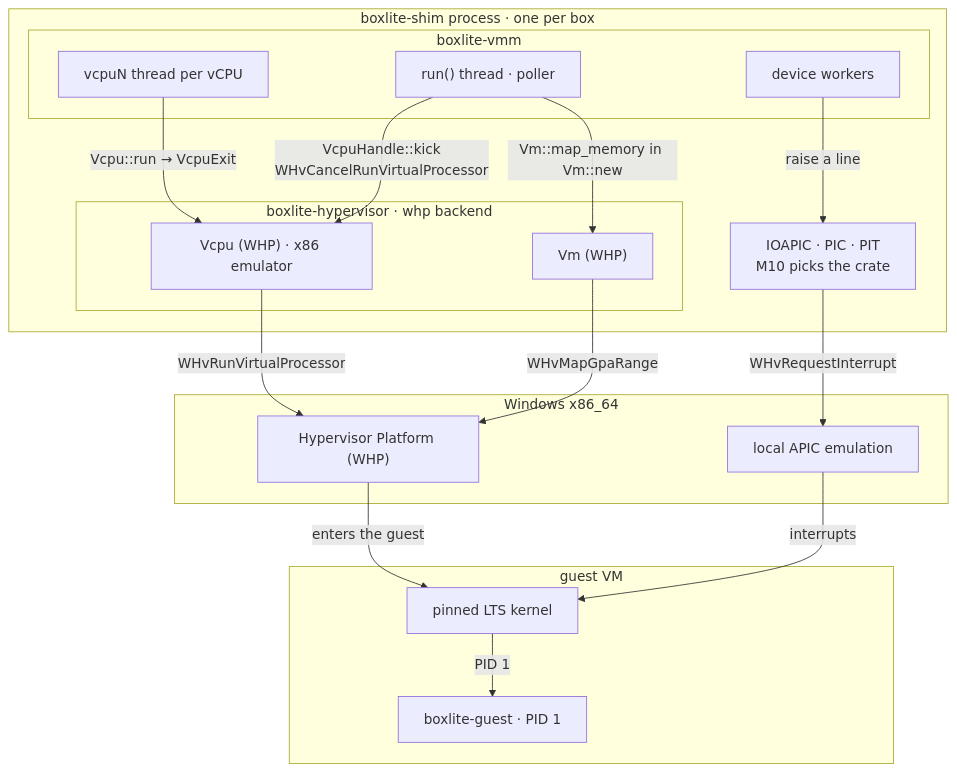
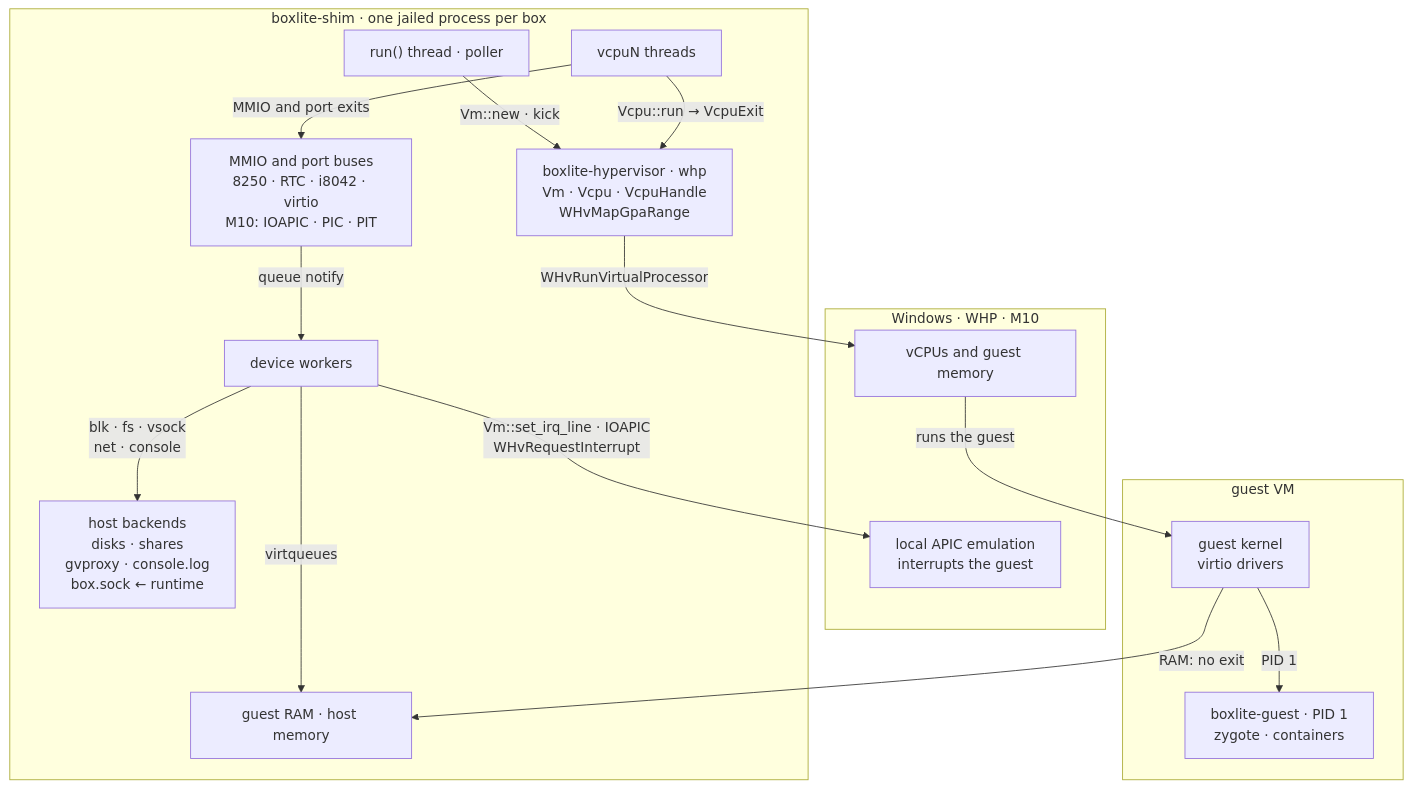
One commit to boxlite-ai/boxlite changed the first of 8 diagrams in docs/architecture/vmm/whp.md. Above: the diagram before and after it, drawn with Mermaid. The commit also changed other lines of this file and 4 other files, not shown here.

````diff
--- a/docs/architecture/vmm/whp.md
+++ b/docs/architecture/vmm/whp.md
@@ -5,33 +7,31 @@
 ```mermaid
 flowchart TB
-  subgraph shim_process["boxlite-shim process · one per box"]
-    subgraph vmm_crate["boxlite-vmm"]
-      run_thread["run() thread · poller"]
-      device_worker["device workers"]
-      vcpu_thread["vcpuN thread per vCPU"]
-    end
-    subgraph whp_backend["boxlite-hypervisor · whp backend"]
-      whp_vm["Vm (WHP)"]
-      whp_vcpu["Vcpu (WHP) · x86 emulator"]
-    end
-    userspace_irqchip["IOAPIC · PIC · PIT<br/>M10 picks the crate"]
+  subgraph shim["boxlite-shim · one jailed process per box"]
+    run_thread["run() thread · poller"]
+    vcpu_threads["vcpuN threads"]
+    backend["boxlite-hypervisor · whp<br/>Vm · Vcpu · VcpuHandle<br/>WHvMapGpaRange"]
+    devices["MMIO and port buses<br/>8250 · RTC · i8042 · virtio<br/>M10: IOAPIC · PIC · PIT"]
+    workers["device workers"]
+    guest_ram["guest RAM · host memory"]
+    backends["host backends<br/>disks · shares<br/>gvproxy · console.log<br/>box.sock ← runtime"]
   end
-  subgraph windows["Windows x86_64"]
-    whp_api["Hypervisor Platform (WHP)"]
-    lapic["local APIC emulation"]
+  subgraph host_hv["Windows · WHP · M10"]
+    hv["vCPUs and guest memory"]
+    irqchip["local APIC emulation<br/>interrupts the guest"]
   end
-  subgraph guest_vm["guest VM"]
-    guest_kernel["pinned LTS kernel"]
-    guest_init["boxlite-guest · PID 1"]
+  subgraph guest["guest VM"]
+    kernel["guest kernel<br/>virtio drivers"]
+    agent["boxlite-guest · PID 1<br/>zygote · containers"]
   end
-  vcpu_thread e_vcpu_run@-->|"Vcpu::run → VcpuExit"| whp_vcpu
-  whp_vcpu e_whv_run@-->|"WHvRunVirtualProcessor"| whp_api
-  whp_api e_enter_guest@-->|"enters the guest"| guest_kernel
-  run_thread e_kick@-->|"VcpuHandle::kick<br/>WHvCancelRunVirtualProcessor"| whp_vcpu
-  run_thread e_map_memory@-->|"Vm::map_memory in Vm::new"| whp_vm
-  whp_vm e_whv_map@-->|"WHvMapGpaRange"| whp_api
-  device_worker e_raise@-->|"raise a line"| userspace_irqchip
-  userspace_irqchip e_request_interrupt@-->|"WHvRequestInterrupt"| lapic
-  lapic e_guest_irq@-->|"interrupts"| guest_kernel
-  guest_kernel e_pid1@-->|"PID 1"| guest_init
+  run_thread c_new@-->|"Vm::new · kick"| backend
+  vcpu_threads c_run@-->|"Vcpu::run → VcpuExit"| backend
+  vcpu_threads c_exits@-->|"MMIO and port exits"| devices
+  backend c_hv@-->|"WHvRunVirtualProcessor"| hv
+  hv c_guest@-->|"runs the guest"| kernel
+  devices c_notify@-->|"queue notify"| workers
+  kernel c_ram@-->|"RAM: no exit"| guest_ram
+  kernel c_pid1@-->|"PID 1"| agent
+  workers c_queues@-->|"virtqueues"| guest_ram
+  workers c_backends@-->|"blk · fs · vsock<br/>net · console"| backends
+  workers c_irq@-->|"Vm::set_irq_line · IOAPIC<br/>WHvRequestInterrupt"| irqchip
 ```
````
